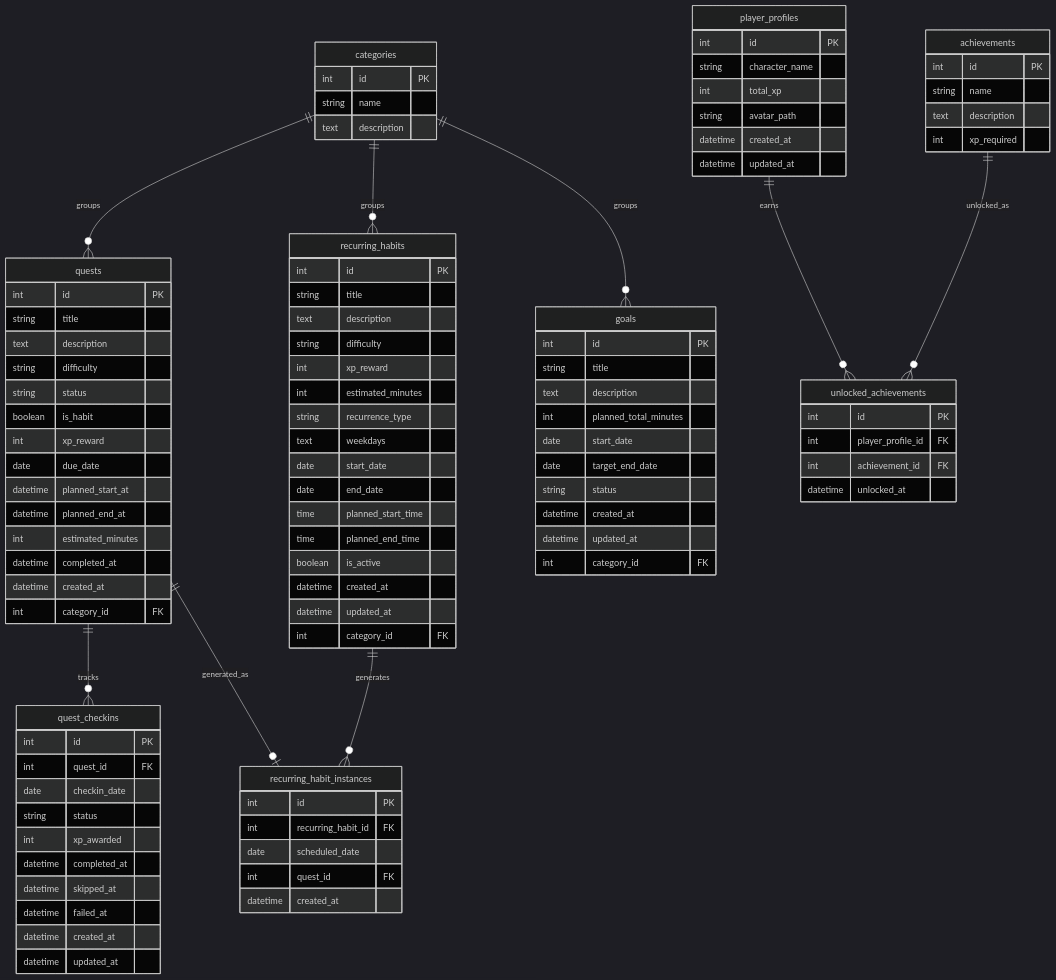
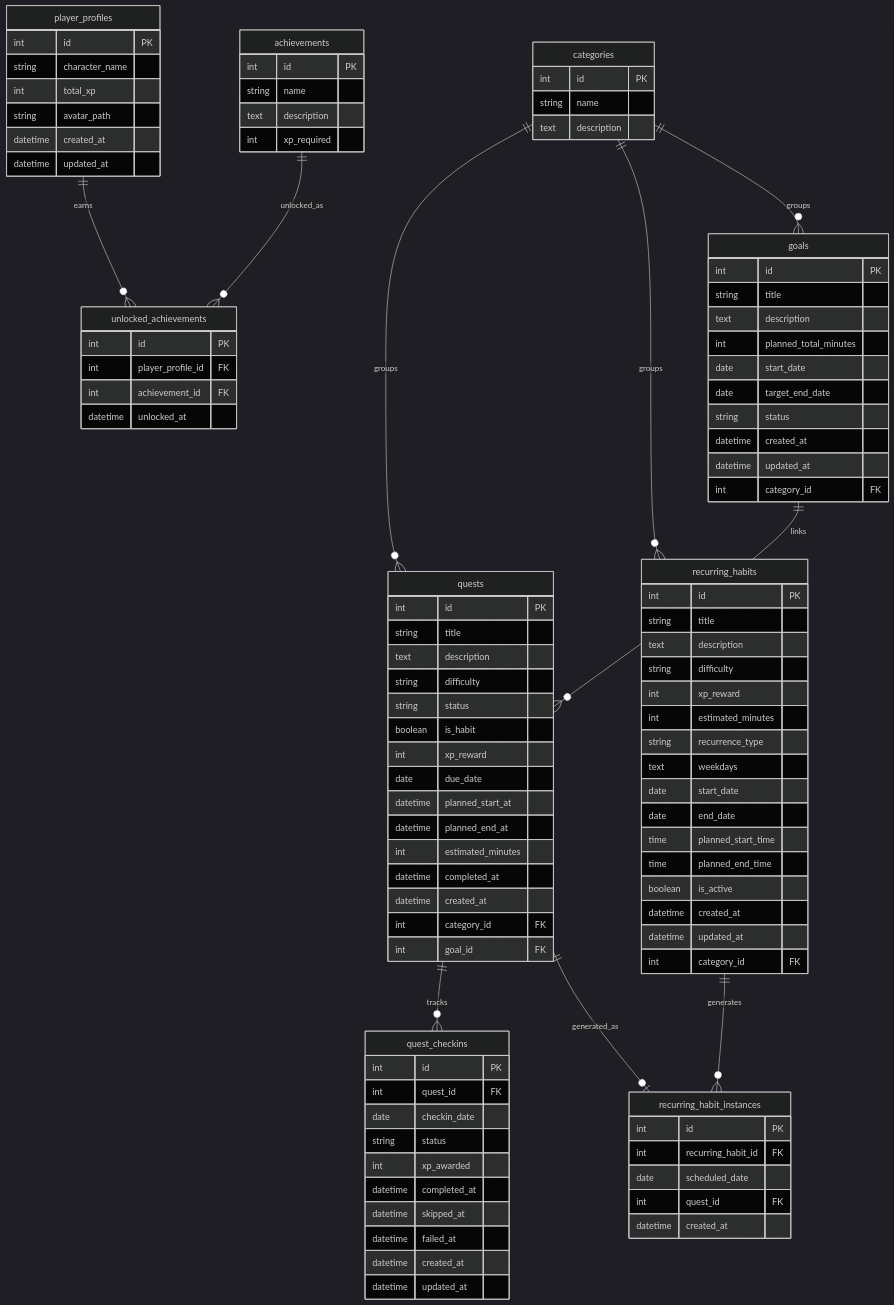
Before and after one commit to BaseMar/habit-quest-analytics: the diagram in docs/data_model.md, drawn with Mermaid (dark theme). The commit also changed other lines of this file and 11 other files, not shown here.

Commit message:
feat: link scheduled quests to goals

```diff
--- a/docs/data_model.md
+++ b/docs/data_model.md
@@ -241,6 +245,7 @@
     categories ||--o{ quests : groups
     categories ||--o{ recurring_habits : groups
     categories ||--o{ goals : groups
+    goals ||--o{ quests : links
     quests ||--o{ quest_checkins : tracks
     recurring_habits ||--o{ recurring_habit_instances : generates
     quests ||--o| recurring_habit_instances : generated_as
@@ -268,6 +273,7 @@
         datetime completed_at
         datetime created_at
         int category_id FK
+        int goal_id FK
     }
 
     goals {
```
